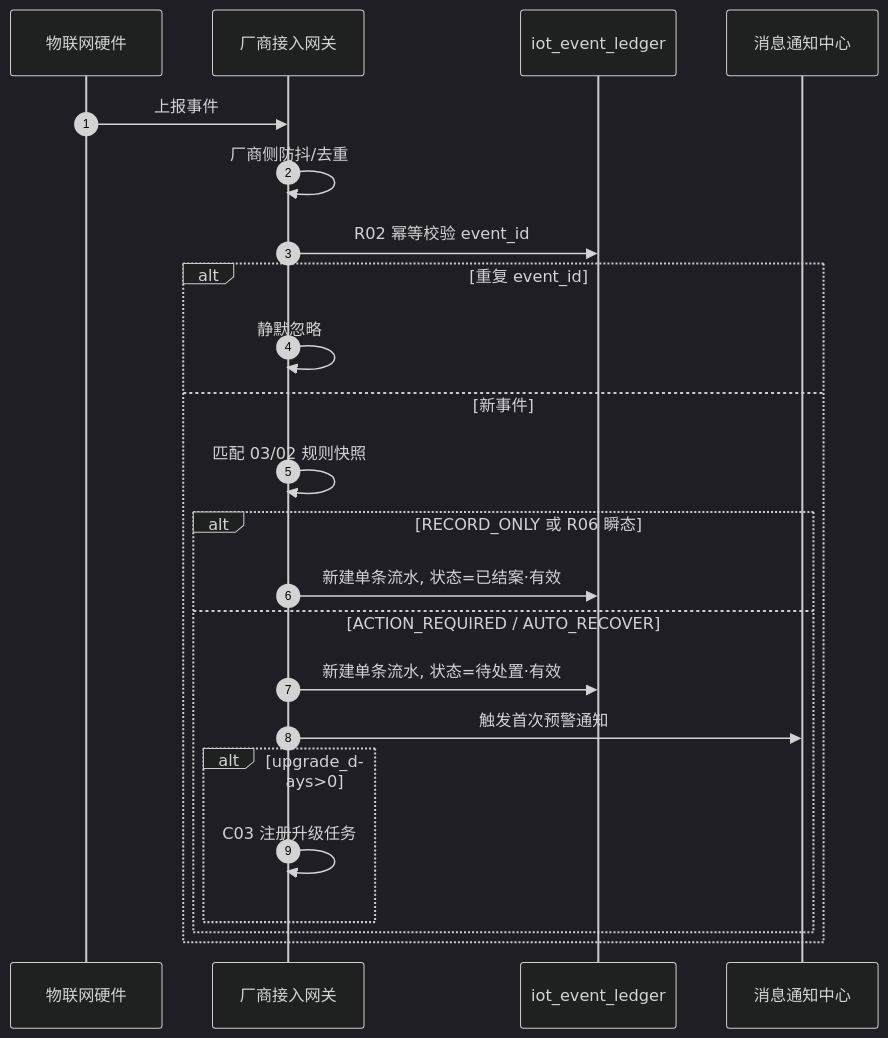
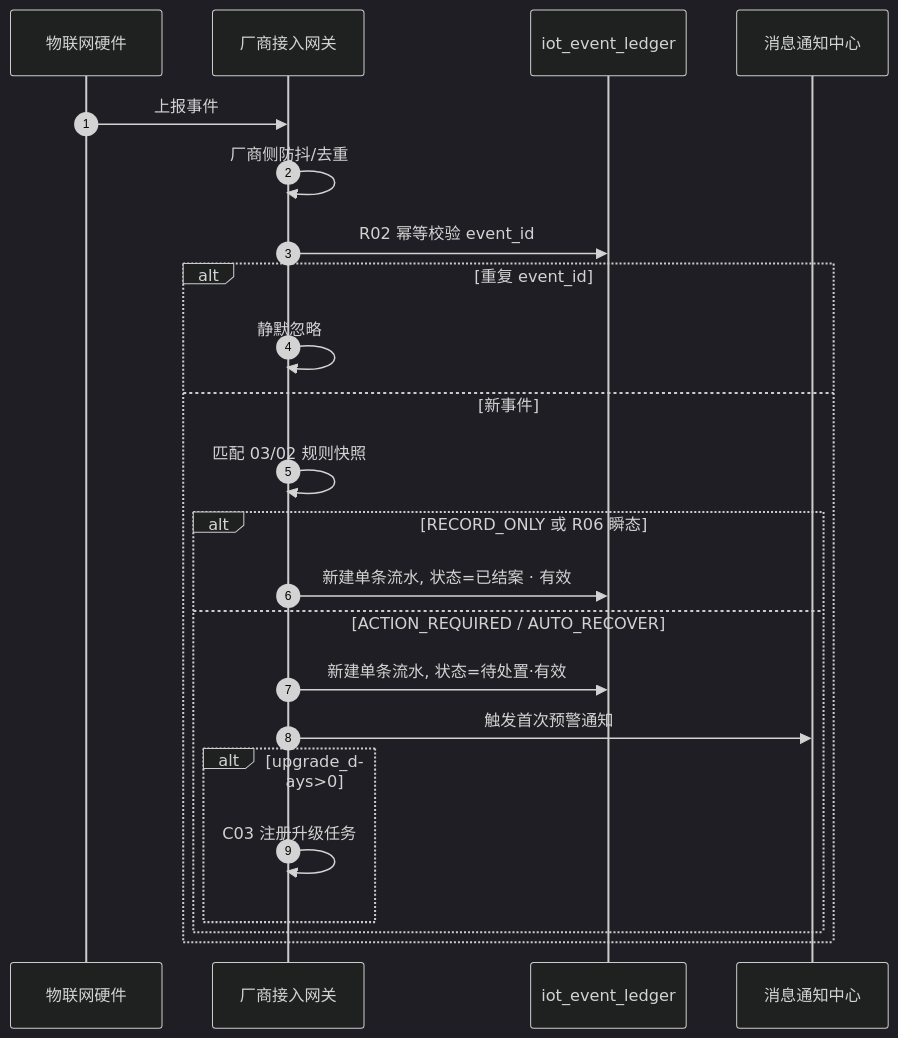
One commit to RobertHuang999/SYZC changed the third of 4 diagrams in 02-PRD文档/B-迭代需求/6.2版本（2026.08）/02-预警信息/01设备预警信息/设备预警信息业务规则规格.md. Above: the diagram before and after it, drawn with Mermaid (dark theme). The commit also changed other lines of this file and 76 other files, not shown here.

````diff
--- a/02-PRD文档/B-迭代需求/6.2版本（2026.08）/02-预警信息/01设备预警信息/设备预警信息业务规则规格.md
+++ b/02-PRD文档/B-迭代需求/6.2版本（2026.08）/02-预警信息/01设备预警信息/设备预警信息业务规则规格.md
@@ -280,26 +280,26 @@
 ```mermaid
 sequenceDiagram
     autonumber
     participant DEV as 物联网硬件
     participant GW as 厂商接入网关
     participant DB as iot_event_ledger
     participant MSG as 消息通知中心
 
     DEV->>GW: 上报事件
     GW->>GW: 厂商侧防抖/去重
     GW->>DB: R02 幂等校验 event_id
     alt 重复 event_id
         GW->>GW: 静默忽略
     else 新事件
         GW->>GW: 匹配 03/02 规则快照
         alt RECORD_ONLY 或 R06 瞬态
-            GW->>DB: 新建单条流水, 状态=已结案·有效
+            GW->>DB: 新建单条流水, 状态=已结案 · 有效
         else ACTION_REQUIRED / AUTO_RECOVER
             GW->>DB: 新建单条流水, 状态=待处置·有效
             GW->>MSG: 触发首次预警通知
             alt upgrade_days>0
                 GW->>GW: C03 注册升级任务
             end
         end
     end
 ```
````
